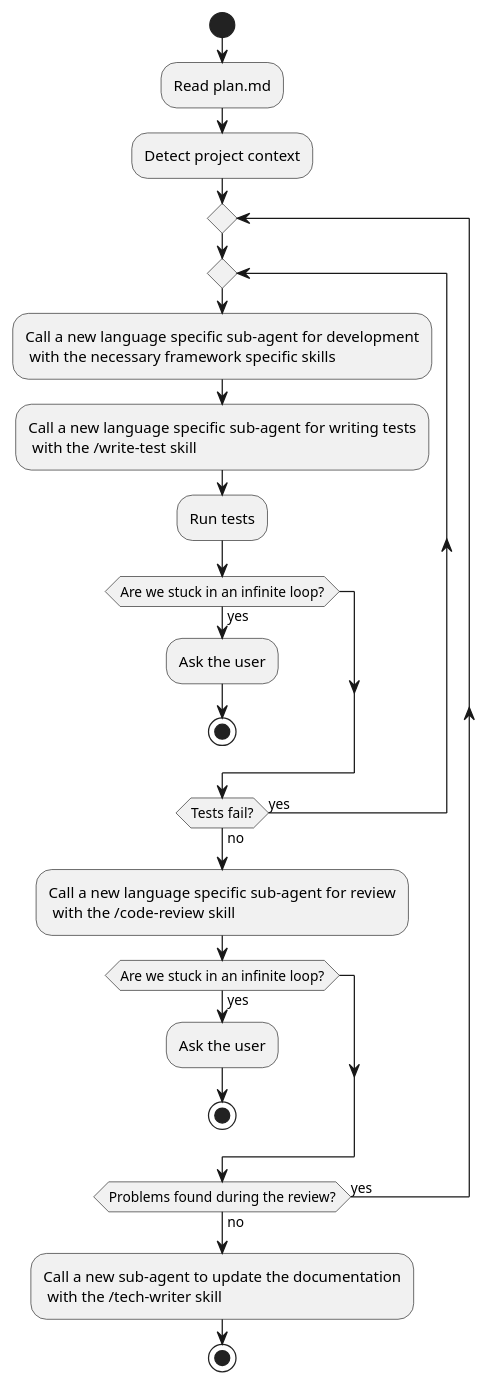
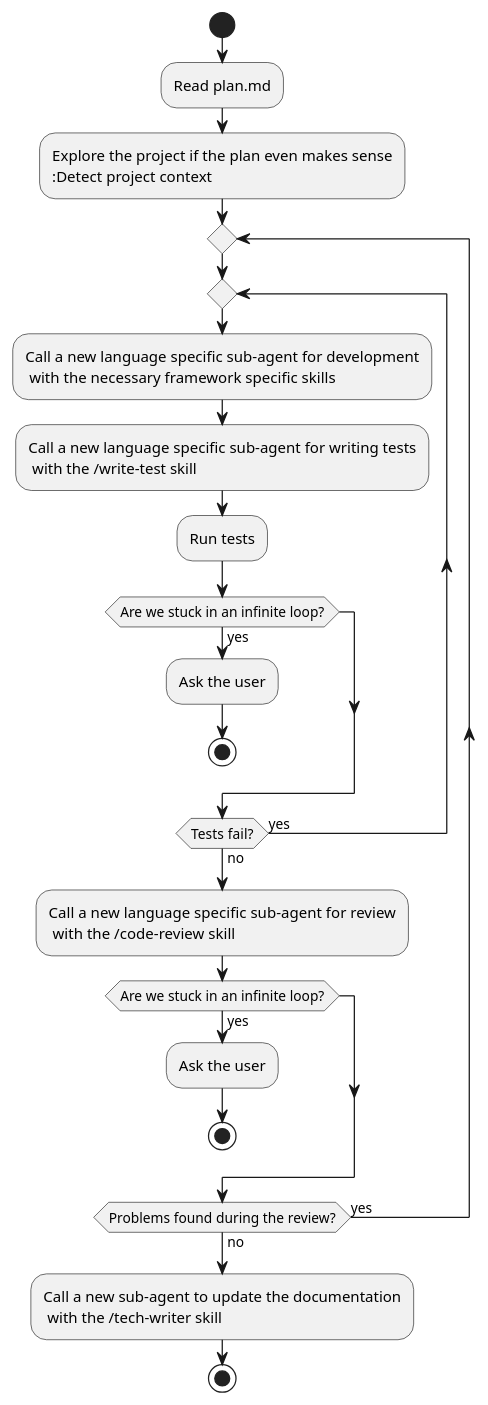
One commit to balazsmiklos85/dotfiles changed the diagram in claude/skills/orchestrator/SKILL.md. Above: the diagram before and after it, drawn with PlantUML.

Commit message:
🔧 added an exploration step.

````diff
--- a/claude/skills/orchestrator/SKILL.md
+++ b/claude/skills/orchestrator/SKILL.md
@@ -31,29 +31,30 @@
 ```plantuml
 @startuml
 start
 :Read plan.md;
+:Explore the project if the plan even makes sense
 :Detect project context;
 repeat
   repeat
     :Call a new language specific sub-agent for development
      with the necessary framework specific skills;
     :Call a new language specific sub-agent for writing tests
      with the /write-test skill;
     :Run tests;
     if (Are we stuck in an infinite loop?) then (yes)
       :Ask the user;
       stop
     endif
   repeat while (Tests fail?) is (yes) not (no)
   :Call a new language specific sub-agent for review
    with the /code-review skill;
   if (Are we stuck in an infinite loop?) then (yes)
     :Ask the user;
     stop
   endif
 repeat while (Problems found during the review?) is (yes) not (no)
 :Call a new sub-agent to update the documentation
  with the /tech-writer skill;
 stop
 @enduml
 ```
````
